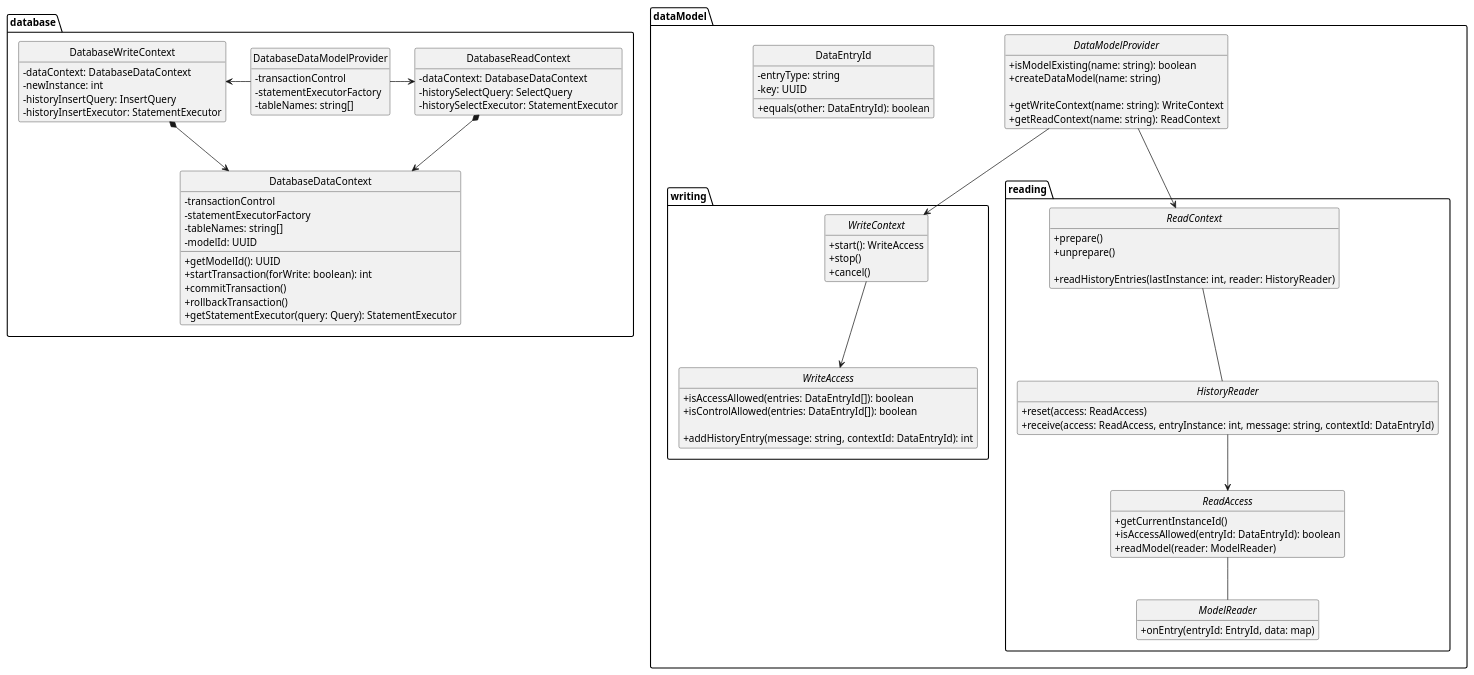
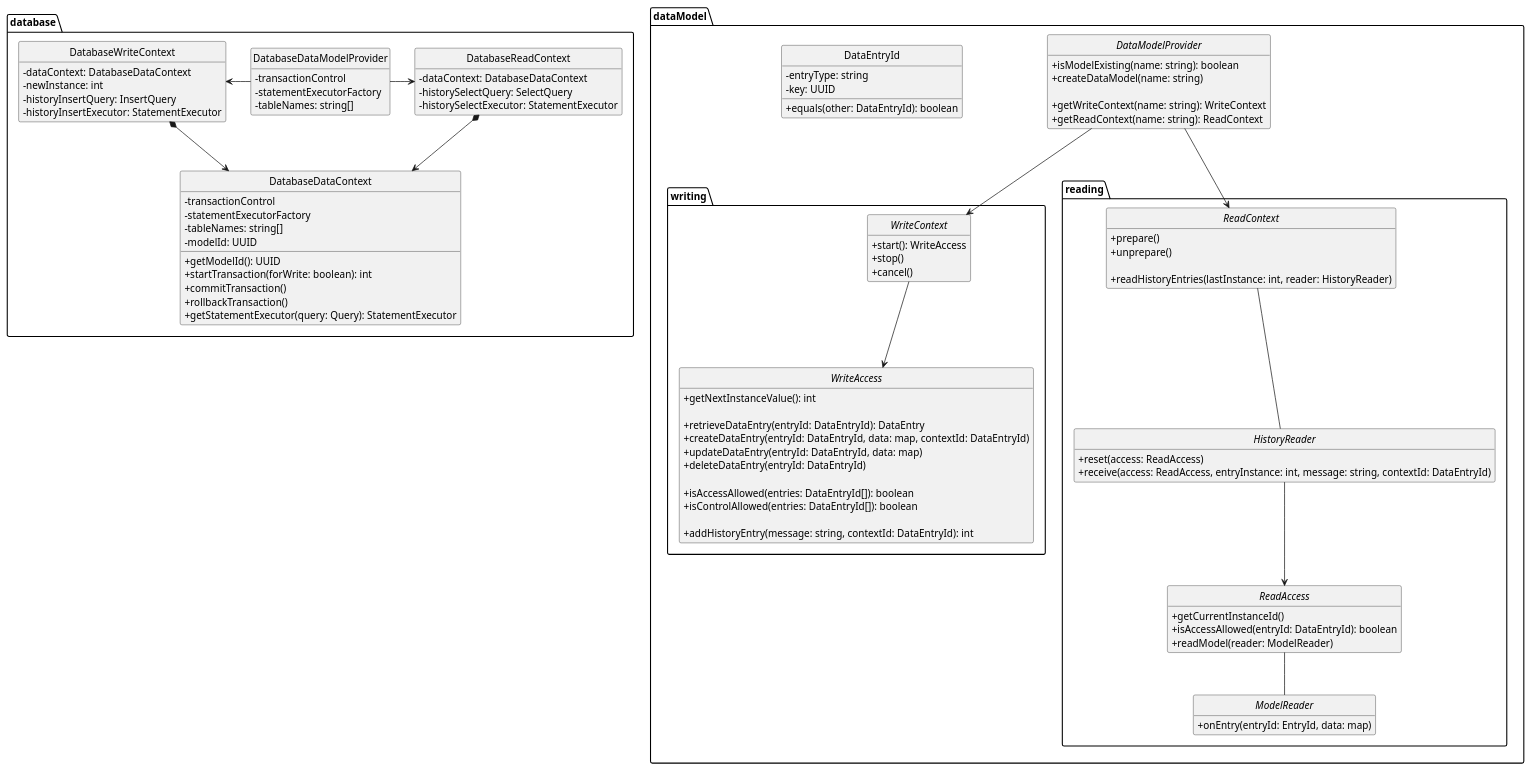
The diagram in eve-upro/uml/DataModel.plantuml (dertseha/eve-upro), drawn with PlantUML before and after one commit. The commit also changed 34 other files, not shown here.

Commit message:
#9 Created Command/Notification interfaces, extended access - Created cmd package under dataModel - Extended WriteAccess interface - Refined UML diagrams, context is now nearly everywhere

```diff
--- a/eve-upro/uml/DataModel.plantuml
+++ b/eve-upro/uml/DataModel.plantuml
@@ -1,117 +1,124 @@
 @startuml
 skinparam classAttributeIconSize 0
 hide empty members
 hide circle
 
 package dataModel {
 
 interface DataModelProvider {
    + isModelExisting(name: string): boolean
    + createDataModel(name: string)
 
    + getWriteContext(name: string): WriteContext
    + getReadContext(name: string): ReadContext
 }
 
 class DataEntryId {
    - entryType: string
    - key: UUID
    + equals(other: DataEntryId): boolean
 }
 
 package writing {
 
 interface WriteContext {
    + start(): WriteAccess
    + stop()
    + cancel()
 }
 
 DataModelProvider -down-> WriteContext
 
 interface WriteAccess {
+   + getNextInstanceValue(): int
+   
+   + retrieveDataEntry(entryId: DataEntryId): DataEntry
+   + createDataEntry(entryId: DataEntryId, data: map, contextId: DataEntryId)
+   + updateDataEntry(entryId: DataEntryId, data: map)
+   + deleteDataEntry(entryId: DataEntryId)
+
    + isAccessAllowed(entries: DataEntryId[]): boolean
    + isControlAllowed(entries: DataEntryId[]): boolean
    
    + addHistoryEntry(message: string, contextId: DataEntryId): int
 }
 
 WriteContext --> WriteAccess
 
 }
 
 package reading {
 
 DataModelProvider -down-> ReadContext
 
 interface ReadContext {
    + prepare()
    + unprepare()
    
    + readHistoryEntries(lastInstance: int, reader: HistoryReader) 
 }
 
 ReadContext -- HistoryReader
 HistoryReader --> ReadAccess
 ReadAccess -- ModelReader
 
 interface ReadAccess {
    + getCurrentInstanceId()
    + isAccessAllowed(entryId: DataEntryId): boolean
    + readModel(reader: ModelReader)
 }
 
 interface HistoryReader {
    + reset(access: ReadAccess)
    + receive(access: ReadAccess, entryInstance: int, message: string, contextId: DataEntryId)
 }
 
 interface ModelReader {
    + onEntry(entryId: EntryId, data: map)
 }
 
 }
 }
 
 package database {
 class DatabaseDataContext {
    - transactionControl
    - statementExecutorFactory
    - tableNames: string[]
    - modelId: UUID
    + getModelId(): UUID
    + startTransaction(forWrite: boolean): int
    + commitTransaction()
    + rollbackTransaction()
    + getStatementExecutor(query: Query): StatementExecutor
 }
 
 class DatabaseWriteContext {
    - dataContext: DatabaseDataContext
    - newInstance: int
    - historyInsertQuery: InsertQuery
    - historyInsertExecutor: StatementExecutor
 }
 
 
 class DatabaseReadContext {
    - dataContext: DatabaseDataContext
    - historySelectQuery: SelectQuery
    - historySelectExecutor: StatementExecutor
 }
 
 class DatabaseDataModelProvider {
    - transactionControl
    - statementExecutorFactory
    - tableNames: string[]
 }
 
 
 DatabaseDataModelProvider -left-> DatabaseWriteContext
 DatabaseDataModelProvider -right-> DatabaseReadContext
 
 DatabaseWriteContext *-down-> DatabaseDataContext
 DatabaseReadContext *-down-> DatabaseDataContext
 }
 
 @enduml
```
